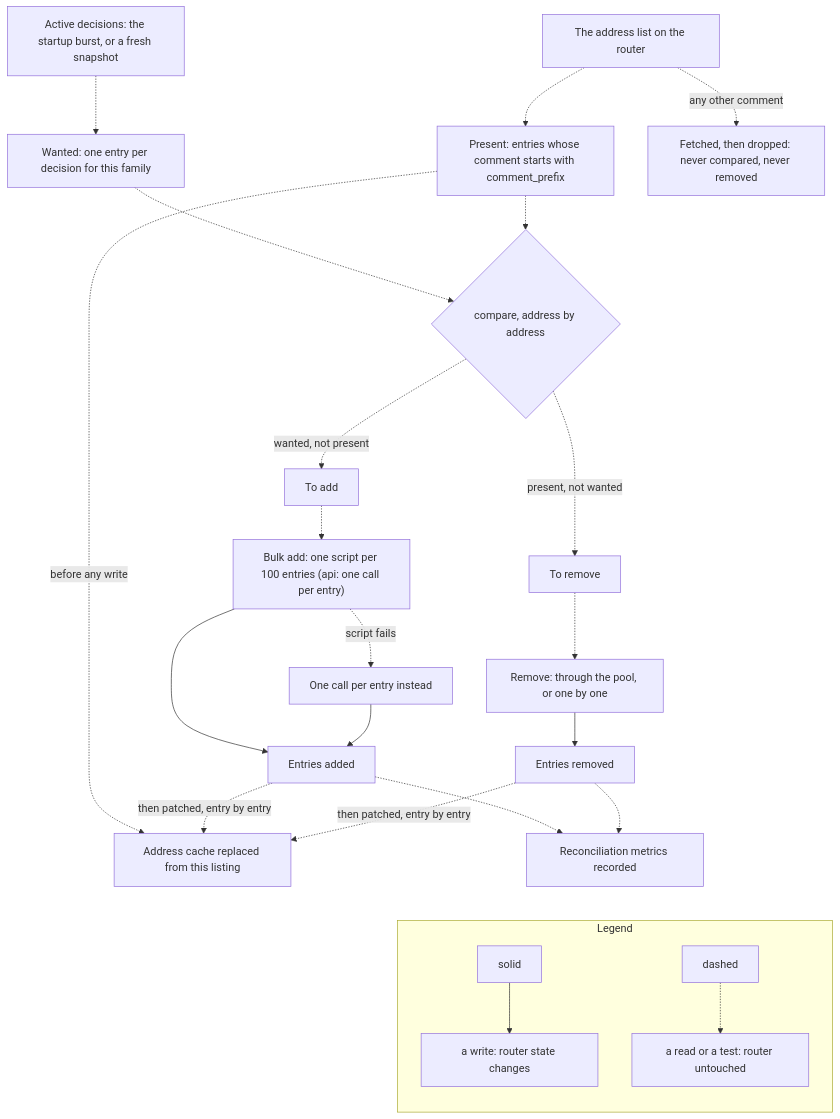
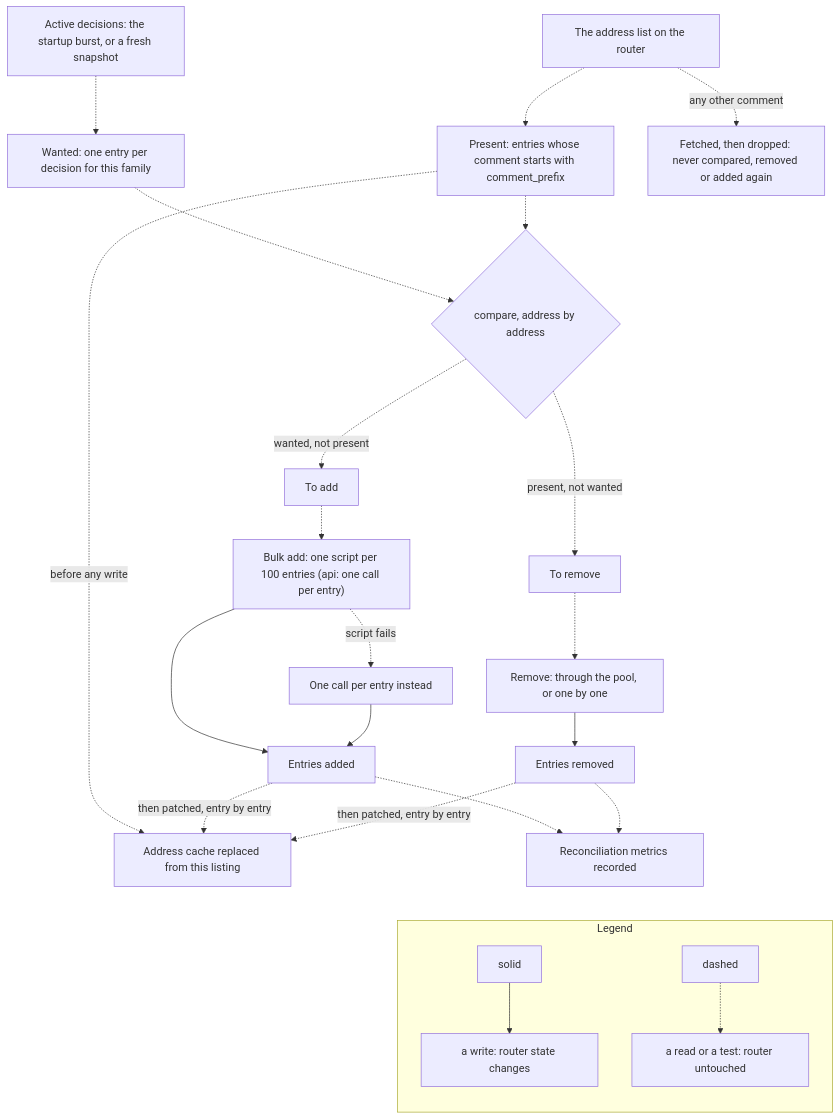
The diagram in docs/src/content/docs/architecture/reconciliation.mdx (jmrplens/cs-routeros-bouncer), drawn with Mermaid before and after one commit. The commit also changed other lines of this file and 5 other files, not shown here.

Commit message:
fix(manager): skip foreign-held addresses

````diff
--- a/docs/src/content/docs/architecture/reconciliation.mdx
+++ b/docs/src/content/docs/architecture/reconciliation.mdx
@@ -49,30 +49,30 @@
 ```mermaid
 flowchart TB
     accTitle: The reconciliation diff: snapshot in, router state in, adds and removes out
-    accDescr: A snapshot of active decisions becomes the wanted set, one entry per decision for this protocol family, keyed by normalised address. The address list on the router becomes the present set, but only the entries whose comment starts with the configured comment prefix; entries with any other comment are fetched from the router and then dropped client-side, so they are never compared and never removed — but they do cost transfer on every pass. Comparing the two sets address by address yields the entries to add and the entries to remove. The in-memory address cache is replaced from that same listing before any write goes out. Additions then go through a bulk RouterOS script of up to a hundred entries, dropping to one API call per entry when a script fails, or with bulk_add_method api through one API call per entry over the pool; removals go through the connection pool when it opened, and one by one on the main connection otherwise. Each add and each remove patches the cache again with what it attempted, and the reconciliation metrics are recorded once both have run.
+    accDescr: A snapshot of active decisions becomes the wanted set, one entry per decision for this protocol family, keyed by normalised address. The address list on the router becomes the present set, but only the entries whose comment starts with the configured comment prefix; entries with any other comment are fetched from the router and then dropped client-side, so they are never compared, never removed and their addresses never added again — but they do cost transfer on every pass. Comparing the two sets address by address yields the entries to add and the entries to remove. The in-memory address cache is replaced from that same listing before any write goes out. Additions then go through a bulk RouterOS script of up to a hundred entries, dropping to one API call per entry when a script fails, or with bulk_add_method api through one API call per entry over the pool; removals go through the connection pool when it opened, and one by one on the main connection otherwise. Each add and each remove patches the cache again with what it attempted, and the reconciliation metrics are recorded once both have run.
     SNAP["Active decisions: the startup burst, or a fresh snapshot"] -.-> WANT["Wanted: one entry per decision for this family"]
     LIST["The address list on the router"] -.-> HAVE["Present: entries whose comment starts with comment_prefix"]
-    LIST -. "any other comment" .-> FOREIGN["Fetched, then dropped: never compared, never removed"]
+    LIST -. "any other comment" .-> FOREIGN["Fetched, then dropped: never compared, removed or added again"]
     HAVE -. "before any write" .-> CACHE["Address cache replaced from this listing"]
     WANT -.-> DIFF{"compare, address by address"}
     HAVE -.-> DIFF
     DIFF -. "wanted, not present" .-> TOADD["To add"]
     DIFF -. "present, not wanted" .-> TOREM["To remove"]
     TOADD -.-> BULK["Bulk add: one script per 100 entries (api: one call per entry)"]
     BULK -. "script fails" .-> ONEBY["One call per entry instead"]
     TOREM -.-> DELE["Remove: through the pool, or one by one"]
     BULK --> ADDED["Entries added"]
     ONEBY --> ADDED
     DELE --> REMOVED["Entries removed"]
     ADDED -. "then patched, entry by entry" .-> CACHE
     REMOVED -. "then patched, entry by entry" .-> CACHE
     ADDED -.-> MET["Reconciliation metrics recorded"]
     REMOVED -.-> MET
 
     MET ~~~ LEG
     subgraph LEG["Legend"]
         direction TB
         LA["solid"] --> LB["a write: router state changes"]
         LC["dashed"] -.-> LD["a read or a test: router untouched"]
     end
 ```
````
